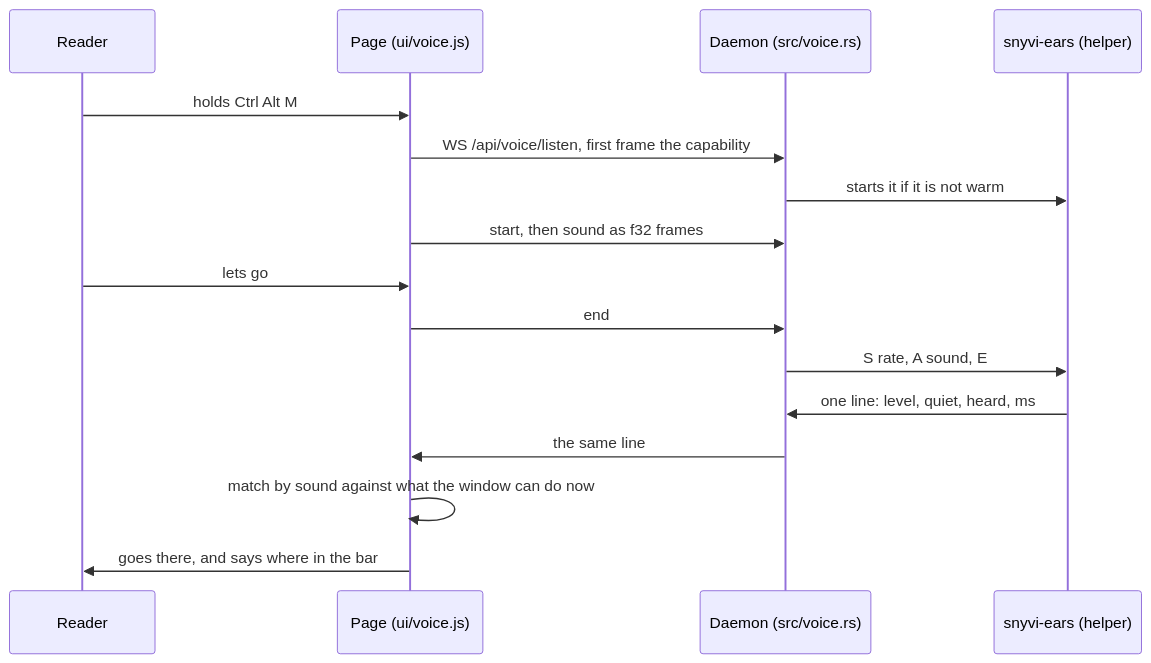
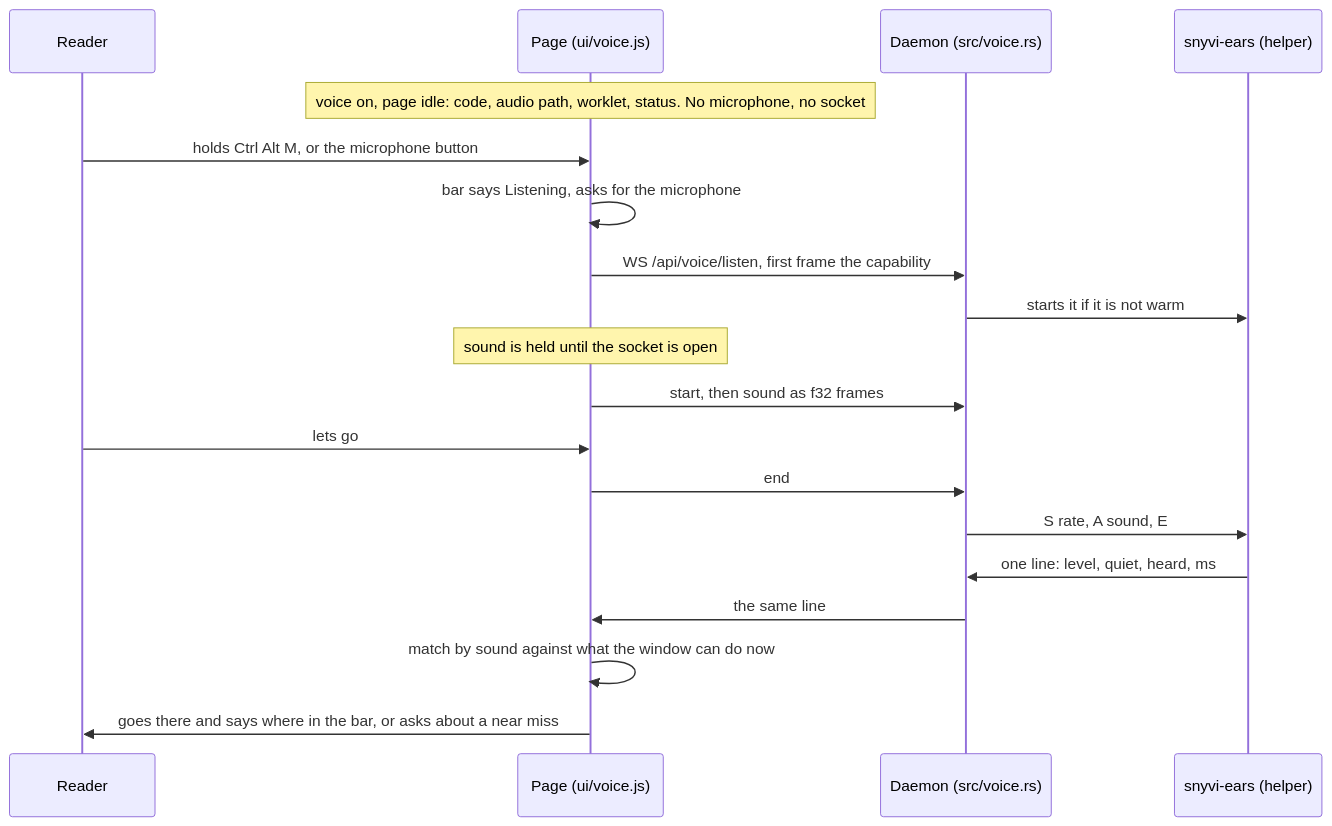
One commit to snymrova/snyvi changed the diagram in docs/VOICE.md. Above: the diagram before and after it, drawn with Mermaid. The commit also changed other lines of this file and 4 other files, not shown here.

Commit message:
Voice's page in docs says how it feels, and What's new names the button, back and the hints (plan f87adbb180)

````diff
--- a/docs/VOICE.md
+++ b/docs/VOICE.md
@@ -11,18 +11,21 @@
 ```mermaid
 sequenceDiagram
     participant R as Reader
     participant P as Page (ui/voice.js)
     participant D as Daemon (src/voice.rs)
     participant E as snyvi-ears (helper)
-    R->>P: holds Ctrl Alt M
+    Note over P: voice on, page idle: code, audio path, worklet, status. No microphone, no socket
+    R->>P: holds Ctrl Alt M, or the microphone button
+    P->>P: bar says Listening, asks for the microphone
     P->>D: WS /api/voice/listen, first frame the capability
     D->>E: starts it if it is not warm
+    Note over P: sound is held until the socket is open
     P->>D: start, then sound as f32 frames
     R->>P: lets go
     P->>D: end
     D->>E: S rate, A sound, E
     E->>D: one line: level, quiet, heard, ms
     D->>P: the same line
     P->>P: match by sound against what the window can do now
-    P->>R: goes there, and says where in the bar
+    P->>R: goes there and says where in the bar, or asks about a near miss
 ```
````
